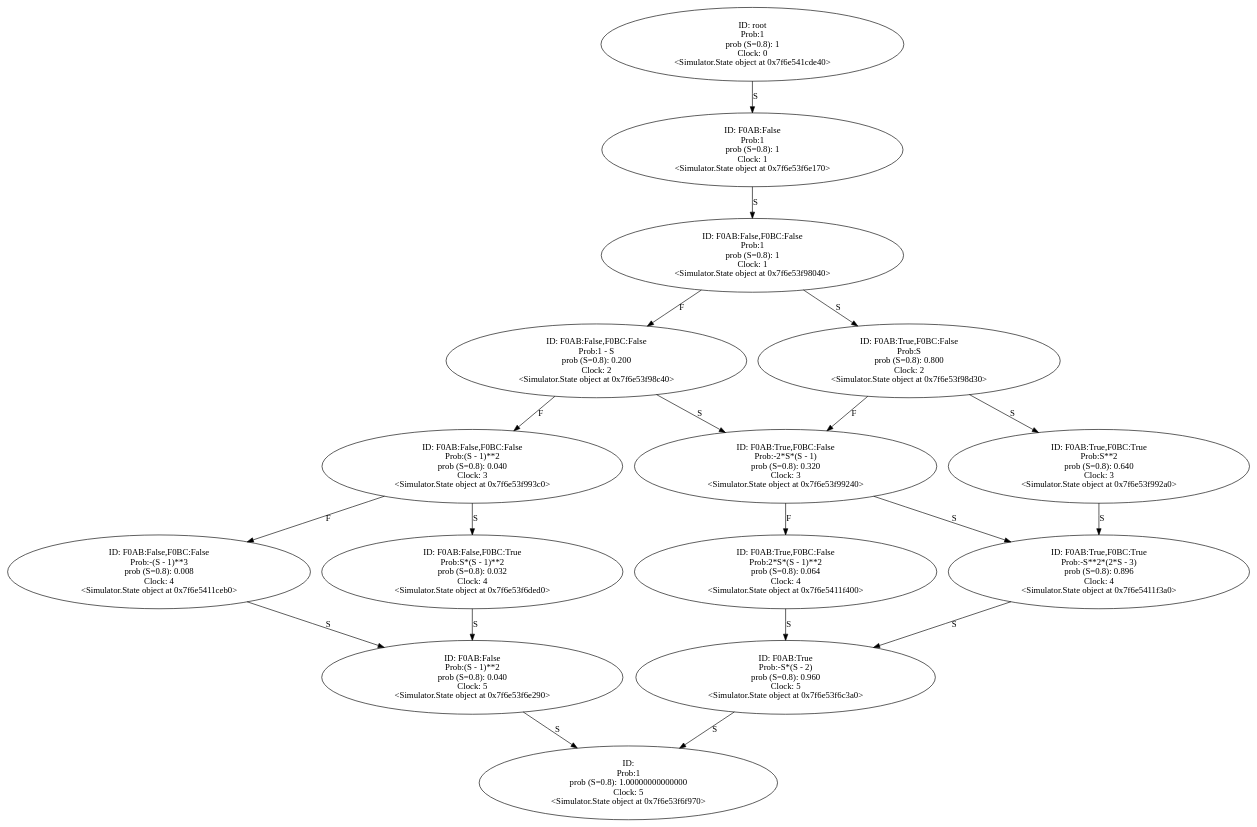
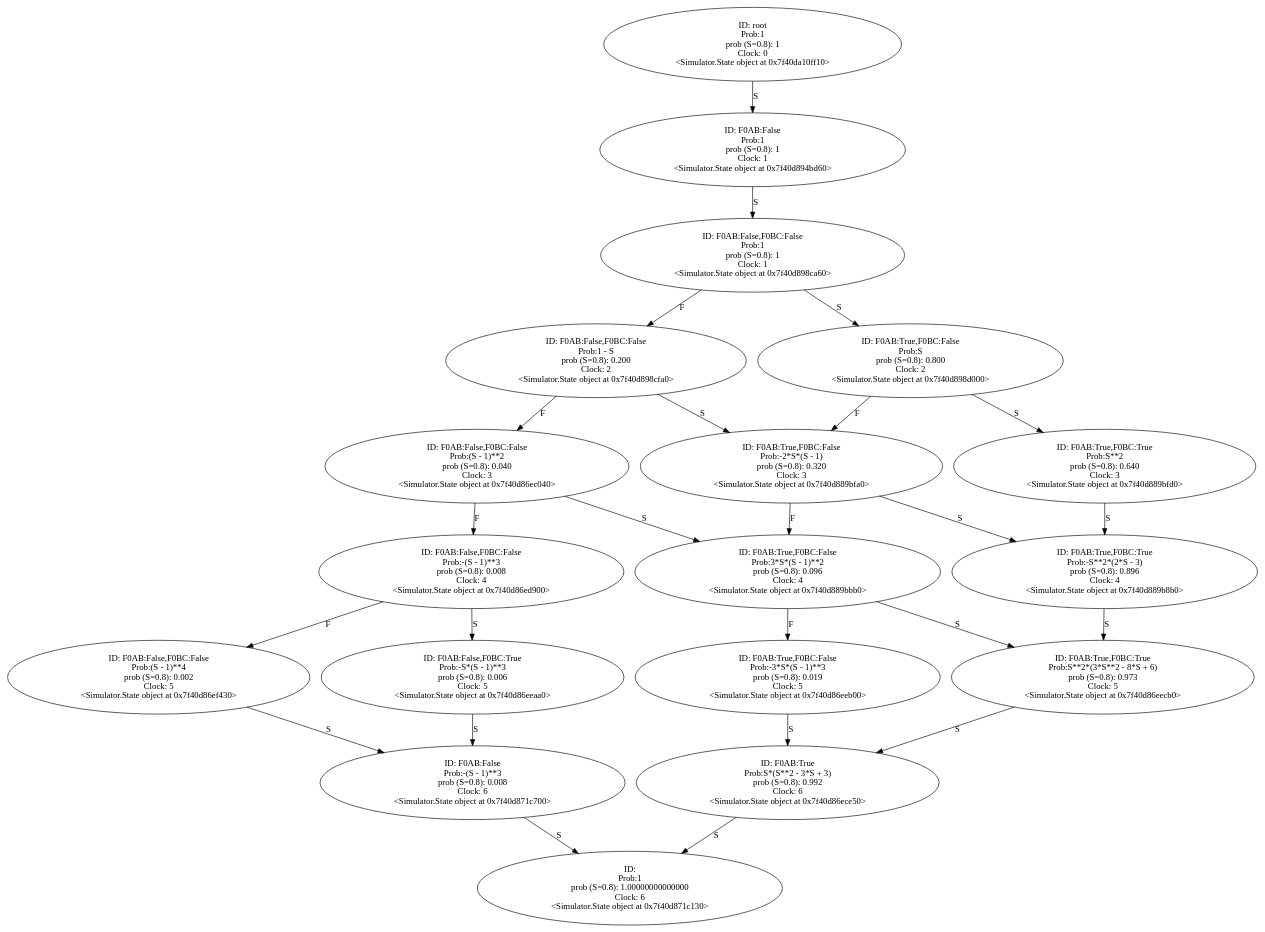
The diagram in Output/full_condition.wrp.gv (YasinBoloorchi/WARP-Simulator), drawn with Graphviz before and after one commit. The commit also changed 16 other files, not shown here.

```diff
--- a/Output/full_condition.wrp.gv
+++ b/Output/full_condition.wrp.gv
@@ -1,96 +1,116 @@
 digraph "./Output/full_condition.wrp" {
-	<Simulator.State object at 0x7f6e541cde40> [label="ID: root
+	<Simulator.State object at 0x7f40da10ff10> [label="ID: root
 Prob:1
 prob (S=0.8): 1
 Clock: 0
-<Simulator.State object at 0x7f6e541cde40>"]
-	<Simulator.State object at 0x7f6e541cde40> -> <Simulator.State object at 0x7f6e53f6e170> [label=S]
-	<Simulator.State object at 0x7f6e53f6e170> [label="ID: F0AB:False
+<Simulator.State object at 0x7f40da10ff10>"]
+	<Simulator.State object at 0x7f40da10ff10> -> <Simulator.State object at 0x7f40d894bd60> [label=S]
+	<Simulator.State object at 0x7f40d894bd60> [label="ID: F0AB:False
 Prob:1
 prob (S=0.8): 1
 Clock: 1
-<Simulator.State object at 0x7f6e53f6e170>"]
-	<Simulator.State object at 0x7f6e53f6e170> -> <Simulator.State object at 0x7f6e53f98040> [label=S]
-	<Simulator.State object at 0x7f6e53f98040> [label="ID: F0AB:False,F0BC:False
+<Simulator.State object at 0x7f40d894bd60>"]
+	<Simulator.State object at 0x7f40d894bd60> -> <Simulator.State object at 0x7f40d898ca60> [label=S]
+	<Simulator.State object at 0x7f40d898ca60> [label="ID: F0AB:False,F0BC:False
 Prob:1
 prob (S=0.8): 1
 Clock: 1
-<Simulator.State object at 0x7f6e53f98040>"]
-	<Simulator.State object at 0x7f6e53f98040> -> <Simulator.State object at 0x7f6e53f98c40> [label=F]
-	<Simulator.State object at 0x7f6e53f98040> -> <Simulator.State object at 0x7f6e53f98d30> [label=S]
-	<Simulator.State object at 0x7f6e53f98c40> [label="ID: F0AB:False,F0BC:False
+<Simulator.State object at 0x7f40d898ca60>"]
+	<Simulator.State object at 0x7f40d898ca60> -> <Simulator.State object at 0x7f40d898cfa0> [label=F]
+	<Simulator.State object at 0x7f40d898ca60> -> <Simulator.State object at 0x7f40d898d000> [label=S]
+	<Simulator.State object at 0x7f40d898cfa0> [label="ID: F0AB:False,F0BC:False
 Prob:1 - S
 prob (S=0.8): 0.200
 Clock: 2
-<Simulator.State object at 0x7f6e53f98c40>"]
-	<Simulator.State object at 0x7f6e53f98c40> -> <Simulator.State object at 0x7f6e53f993c0> [label=F]
-	<Simulator.State object at 0x7f6e53f98c40> -> <Simulator.State object at 0x7f6e53f99240> [label=S]
-	<Simulator.State object at 0x7f6e53f98d30> [label="ID: F0AB:True,F0BC:False
+<Simulator.State object at 0x7f40d898cfa0>"]
+	<Simulator.State object at 0x7f40d898cfa0> -> <Simulator.State object at 0x7f40d86ec040> [label=F]
+	<Simulator.State object at 0x7f40d898cfa0> -> <Simulator.State object at 0x7f40d889bfa0> [label=S]
+	<Simulator.State object at 0x7f40d898d000> [label="ID: F0AB:True,F0BC:False
 Prob:S
 prob (S=0.8): 0.800
 Clock: 2
-<Simulator.State object at 0x7f6e53f98d30>"]
-	<Simulator.State object at 0x7f6e53f98d30> -> <Simulator.State object at 0x7f6e53f99240> [label=F]
-	<Simulator.State object at 0x7f6e53f98d30> -> <Simulator.State object at 0x7f6e53f992a0> [label=S]
-	<Simulator.State object at 0x7f6e53f993c0> [label="ID: F0AB:False,F0BC:False
+<Simulator.State object at 0x7f40d898d000>"]
+	<Simulator.State object at 0x7f40d898d000> -> <Simulator.State object at 0x7f40d889bfa0> [label=F]
+	<Simulator.State object at 0x7f40d898d000> -> <Simulator.State object at 0x7f40d889bfd0> [label=S]
+	<Simulator.State object at 0x7f40d86ec040> [label="ID: F0AB:False,F0BC:False
 Prob:(S - 1)**2
 prob (S=0.8): 0.040
 Clock: 3
-<Simulator.State object at 0x7f6e53f993c0>"]
-	<Simulator.State object at 0x7f6e53f993c0> -> <Simulator.State object at 0x7f6e5411ceb0> [label=F]
-	<Simulator.State object at 0x7f6e53f993c0> -> <Simulator.State object at 0x7f6e53f6ded0> [label=S]
-	<Simulator.State object at 0x7f6e53f99240> [label="ID: F0AB:True,F0BC:False
+<Simulator.State object at 0x7f40d86ec040>"]
+	<Simulator.State object at 0x7f40d86ec040> -> <Simulator.State object at 0x7f40d86ed900> [label=F]
+	<Simulator.State object at 0x7f40d86ec040> -> <Simulator.State object at 0x7f40d889bbb0> [label=S]
+	<Simulator.State object at 0x7f40d889bfa0> [label="ID: F0AB:True,F0BC:False
 Prob:-2*S*(S - 1)
 prob (S=0.8): 0.320
 Clock: 3
-<Simulator.State object at 0x7f6e53f99240>"]
-	<Simulator.State object at 0x7f6e53f99240> -> <Simulator.State object at 0x7f6e5411f400> [label=F]
-	<Simulator.State object at 0x7f6e53f99240> -> <Simulator.State object at 0x7f6e5411f3a0> [label=S]
-	<Simulator.State object at 0x7f6e53f992a0> [label="ID: F0AB:True,F0BC:True
+<Simulator.State object at 0x7f40d889bfa0>"]
+	<Simulator.State object at 0x7f40d889bfa0> -> <Simulator.State object at 0x7f40d889bbb0> [label=F]
+	<Simulator.State object at 0x7f40d889bfa0> -> <Simulator.State object at 0x7f40d889b8b0> [label=S]
+	<Simulator.State object at 0x7f40d889bfd0> [label="ID: F0AB:True,F0BC:True
 Prob:S**2
 prob (S=0.8): 0.640
 Clock: 3
-<Simulator.State object at 0x7f6e53f992a0>"]
-	<Simulator.State object at 0x7f6e53f992a0> -> <Simulator.State object at 0x7f6e5411f3a0> [label=S]
-	<Simulator.State object at 0x7f6e5411ceb0> [label="ID: F0AB:False,F0BC:False
+<Simulator.State object at 0x7f40d889bfd0>"]
+	<Simulator.State object at 0x7f40d889bfd0> -> <Simulator.State object at 0x7f40d889b8b0> [label=S]
+	<Simulator.State object at 0x7f40d86ed900> [label="ID: F0AB:False,F0BC:False
 Prob:-(S - 1)**3
 prob (S=0.8): 0.008
 Clock: 4
-<Simulator.State object at 0x7f6e5411ceb0>"]
-	<Simulator.State object at 0x7f6e5411ceb0> -> <Simulator.State object at 0x7f6e53f6e290> [label=S]
-	<Simulator.State object at 0x7f6e53f6ded0> [label="ID: F0AB:False,F0BC:True
-Prob:S*(S - 1)**2
-prob (S=0.8): 0.032
+<Simulator.State object at 0x7f40d86ed900>"]
+	<Simulator.State object at 0x7f40d86ed900> -> <Simulator.State object at 0x7f40d86ef430> [label=F]
+	<Simulator.State object at 0x7f40d86ed900> -> <Simulator.State object at 0x7f40d86eeaa0> [label=S]
+	<Simulator.State object at 0x7f40d889bbb0> [label="ID: F0AB:True,F0BC:False
+Prob:3*S*(S - 1)**2
+prob (S=0.8): 0.096
 Clock: 4
-<Simulator.State object at 0x7f6e53f6ded0>"]
-	<Simulator.State object at 0x7f6e53f6ded0> -> <Simulator.State object at 0x7f6e53f6e290> [label=S]
-	<Simulator.State object at 0x7f6e5411f400> [label="ID: F0AB:True,F0BC:False
-Prob:2*S*(S - 1)**2
-prob (S=0.8): 0.064
-Clock: 4
-<Simulator.State object at 0x7f6e5411f400>"]
-	<Simulator.State object at 0x7f6e5411f400> -> <Simulator.State object at 0x7f6e53f6c3a0> [label=S]
-	<Simulator.State object at 0x7f6e5411f3a0> [label="ID: F0AB:True,F0BC:True
+<Simulator.State object at 0x7f40d889bbb0>"]
+	<Simulator.State object at 0x7f40d889bbb0> -> <Simulator.State object at 0x7f40d86eeb00> [label=F]
+	<Simulator.State object at 0x7f40d889bbb0> -> <Simulator.State object at 0x7f40d86eecb0> [label=S]
+	<Simulator.State object at 0x7f40d889b8b0> [label="ID: F0AB:True,F0BC:True
 Prob:-S**2*(2*S - 3)
 prob (S=0.8): 0.896
 Clock: 4
-<Simulator.State object at 0x7f6e5411f3a0>"]
-	<Simulator.State object at 0x7f6e5411f3a0> -> <Simulator.State object at 0x7f6e53f6c3a0> [label=S]
-	<Simulator.State object at 0x7f6e53f6e290> [label="ID: F0AB:False
-Prob:(S - 1)**2
-prob (S=0.8): 0.040
+<Simulator.State object at 0x7f40d889b8b0>"]
+	<Simulator.State object at 0x7f40d889b8b0> -> <Simulator.State object at 0x7f40d86eecb0> [label=S]
+	<Simulator.State object at 0x7f40d86ef430> [label="ID: F0AB:False,F0BC:False
+Prob:(S - 1)**4
+prob (S=0.8): 0.002
 Clock: 5
-<Simulator.State object at 0x7f6e53f6e290>"]
-	<Simulator.State object at 0x7f6e53f6e290> -> <Simulator.State object at 0x7f6e53f6f970> [label=S]
-	<Simulator.State object at 0x7f6e53f6c3a0> [label="ID: F0AB:True
-Prob:-S*(S - 2)
-prob (S=0.8): 0.960
+<Simulator.State object at 0x7f40d86ef430>"]
+	<Simulator.State object at 0x7f40d86ef430> -> <Simulator.State object at 0x7f40d871c700> [label=S]
+	<Simulator.State object at 0x7f40d86eeaa0> [label="ID: F0AB:False,F0BC:True
+Prob:-S*(S - 1)**3
+prob (S=0.8): 0.006
 Clock: 5
-<Simulator.State object at 0x7f6e53f6c3a0>"]
-	<Simulator.State object at 0x7f6e53f6c3a0> -> <Simulator.State object at 0x7f6e53f6f970> [label=S]
-	<Simulator.State object at 0x7f6e53f6f970> [label="ID: 
+<Simulator.State object at 0x7f40d86eeaa0>"]
+	<Simulator.State object at 0x7f40d86eeaa0> -> <Simulator.State object at 0x7f40d871c700> [label=S]
+	<Simulator.State object at 0x7f40d86eeb00> [label="ID: F0AB:True,F0BC:False
+Prob:-3*S*(S - 1)**3
+prob (S=0.8): 0.019
+Clock: 5
+<Simulator.State object at 0x7f40d86eeb00>"]
+	<Simulator.State object at 0x7f40d86eeb00> -> <Simulator.State object at 0x7f40d86ece50> [label=S]
+	<Simulator.State object at 0x7f40d86eecb0> [label="ID: F0AB:True,F0BC:True
+Prob:S**2*(3*S**2 - 8*S + 6)
+prob (S=0.8): 0.973
+Clock: 5
+<Simulator.State object at 0x7f40d86eecb0>"]
+	<Simulator.State object at 0x7f40d86eecb0> -> <Simulator.State object at 0x7f40d86ece50> [label=S]
+	<Simulator.State object at 0x7f40d871c700> [label="ID: F0AB:False
+Prob:-(S - 1)**3
+prob (S=0.8): 0.008
+Clock: 6
+<Simulator.State object at 0x7f40d871c700>"]
+	<Simulator.State object at 0x7f40d871c700> -> <Simulator.State object at 0x7f40d871c130> [label=S]
+	<Simulator.State object at 0x7f40d86ece50> [label="ID: F0AB:True
+Prob:S*(S**2 - 3*S + 3)
+prob (S=0.8): 0.992
+Clock: 6
+<Simulator.State object at 0x7f40d86ece50>"]
+	<Simulator.State object at 0x7f40d86ece50> -> <Simulator.State object at 0x7f40d871c130> [label=S]
+	<Simulator.State object at 0x7f40d871c130> [label="ID: 
 Prob:1
 prob (S=0.8): 1.00000000000000
-Clock: 5
-<Simulator.State object at 0x7f6e53f6f970>"]
+Clock: 6
+<Simulator.State object at 0x7f40d871c130>"]
 }
```
